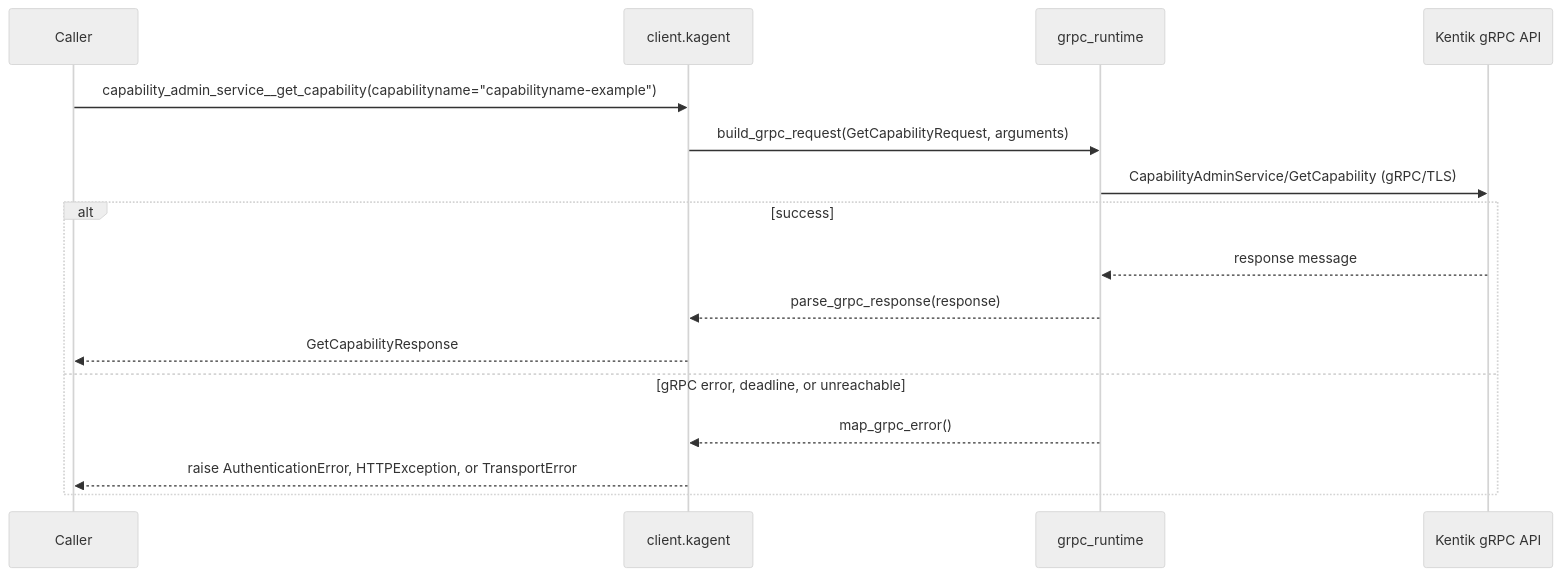
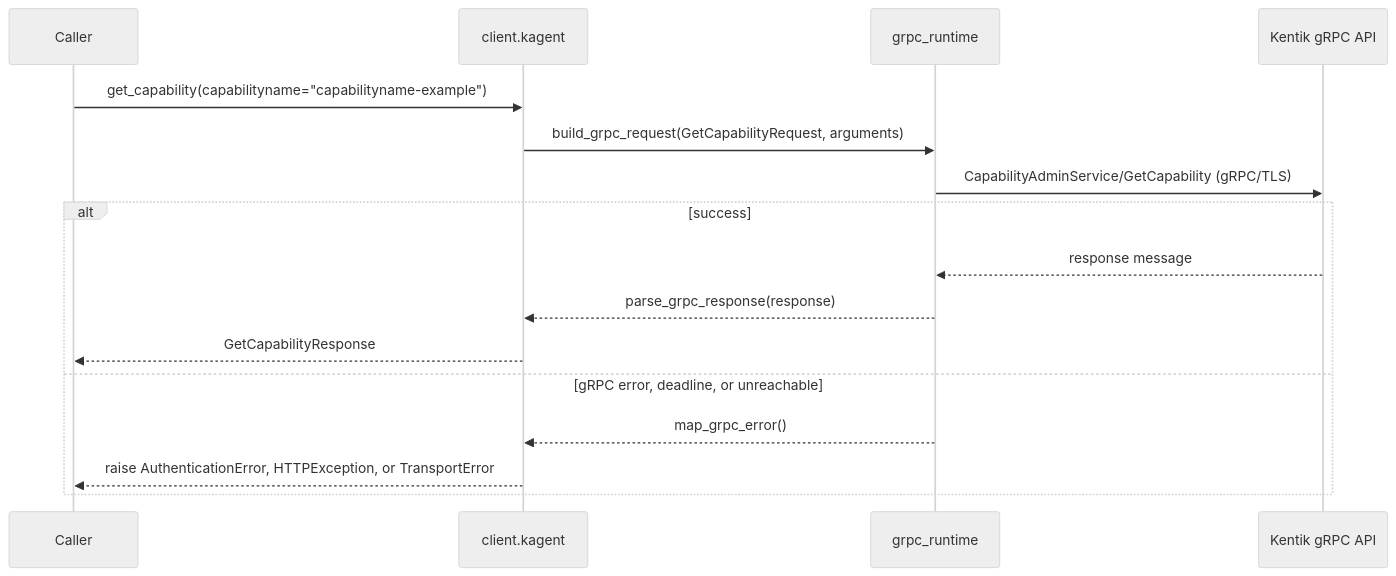
Diagram 29 of 58 in docs/sphinx/services/kagent.md (alexdearaujo/community_sdk_python), drawn with Mermaid (neutral theme) before and after one commit. The commit also changed other lines of this file and 10 other files, not shown here.

````diff
--- a/docs/sphinx/services/kagent.md
+++ b/docs/sphinx/services/kagent.md
@@ -1055,19 +1055,19 @@
 ```mermaid
 sequenceDiagram
     participant C as Caller
     participant W as client.kagent
     participant R as grpc_runtime
     participant API as Kentik gRPC API
 
-    C->>W: capability_admin_service__get_capability(capabilityname="capabilityname-example")
+    C->>W: get_capability(capabilityname="capabilityname-example")
     W->>R: build_grpc_request(GetCapabilityRequest, arguments)
     R->>API: CapabilityAdminService/GetCapability (gRPC/TLS)
     alt success
         API-->>R: response message
         R-->>W: parse_grpc_response(response)
         W-->>C: GetCapabilityResponse
     else gRPC error, deadline, or unreachable
         R-->>W: map_grpc_error()
         W-->>C: raise AuthenticationError, HTTPException, or TransportError
     end
 ```
````
